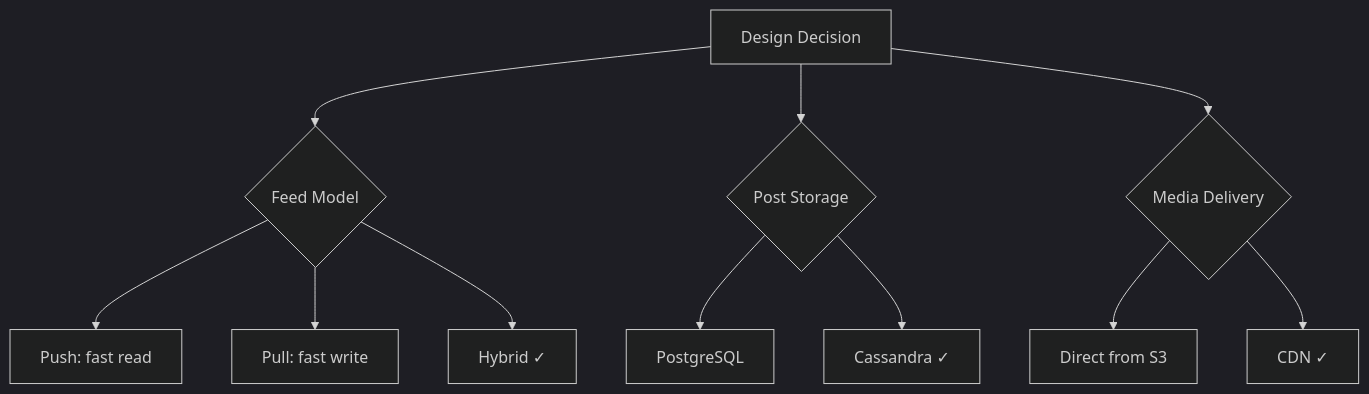
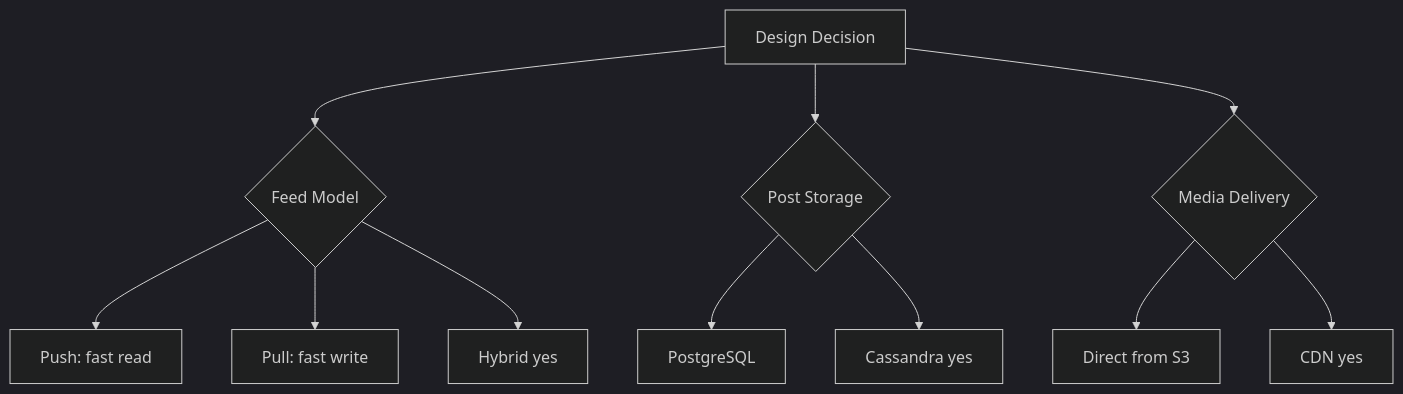
Diagram 16 of 18 in 01-social-feeds/01-design-instagram.md (billywr/system-design), drawn with Mermaid (dark theme) before and after one commit. The commit also changed other lines of this file and 39 other files, not shown here.

````diff
--- a/01-social-feeds/01-design-instagram.md
+++ b/01-social-feeds/01-design-instagram.md
@@ -1404,15 +1404,15 @@
 ```mermaid
 graph TD
     A[Design Decision] --> B{Feed Model}
     B --> C[Push: fast read]
     B --> D[Pull: fast write]
-    B --> E[Hybrid ✓]
+    B --> E[Hybrid yes]
 
     A --> F{Post Storage}
     F --> G[PostgreSQL]
-    F --> H[Cassandra ✓]
+    F --> H[Cassandra yes]
 
     A --> I{Media Delivery}
     I --> J[Direct from S3]
-    I --> K[CDN ✓]
+    I --> K[CDN yes]
 ```
````
